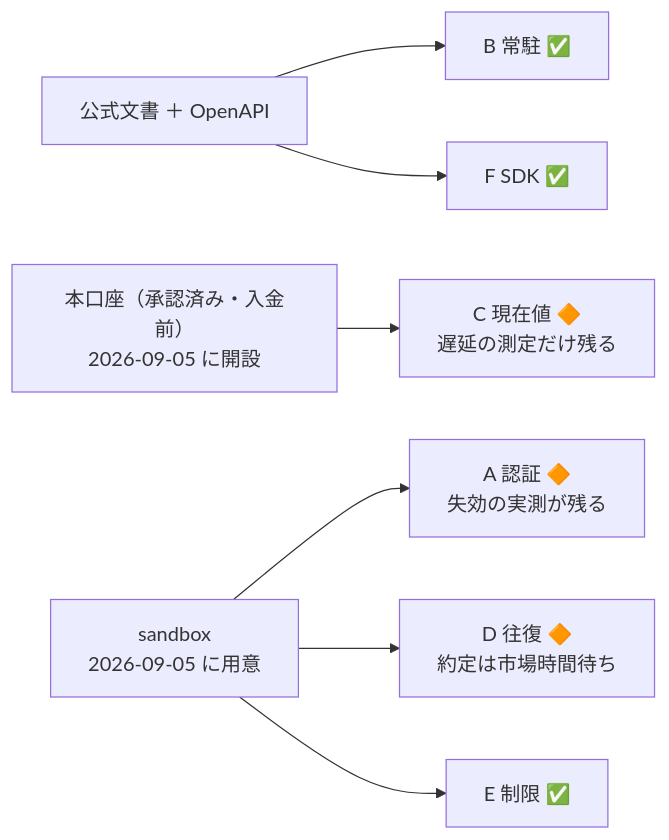
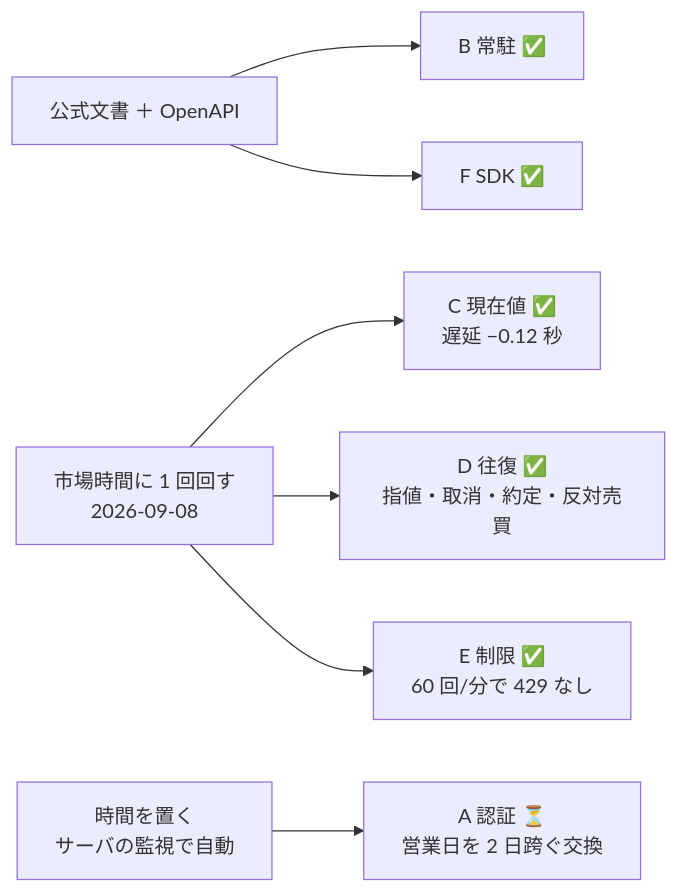
The first of 3 diagrams in docs/specs/experiments/tastytrade-api-sample.md (akiraak/ai-income-lab), drawn with Mermaid before and after one commit. The commit also changed other lines of this file and 3 other files, not shown here.

````diff
--- a/docs/specs/experiments/tastytrade-api-sample.md
+++ b/docs/specs/experiments/tastytrade-api-sample.md
@@ -216,9 +222,9 @@
 ```mermaid
 flowchart LR
-  D["公式文書 ＋ OpenAPI"] --> B["B 常駐 ✅"]
-  D --> F["F SDK ✅"]
-  C2["本口座（承認済み・入金前）<br/>2026-09-05 に開設"] --> CC["C 現在値 🔶<br/>遅延の測定だけ残る"]
-  C1["sandbox<br/>2026-09-05 に用意"] --> A["A 認証 🔶<br/>失効の実測が残る"]
-  C1 --> DD["D 往復 🔶<br/>約定は市場時間待ち"]
-  C1 --> E["E 制限 ✅"]
+  DOC["公式文書 ＋ OpenAPI"] --> B["B 常駐 ✅"]
+  DOC --> F["F SDK ✅"]
+  RUN["市場時間に 1 回回す<br/>2026-09-08"] --> C["C 現在値 ✅<br/>遅延 −0.12 秒"]
+  RUN --> D2["D 往復 ✅<br/>指値・取消・約定・反対売買"]
+  RUN --> E["E 制限 ✅<br/>60 回/分で 429 なし"]
+  WAIT["時間を置く<br/>サーバの監視で自動"] --> A["A 認証 ⏳<br/>営業日を 2 日跨ぐ交換"]
 ```
````
